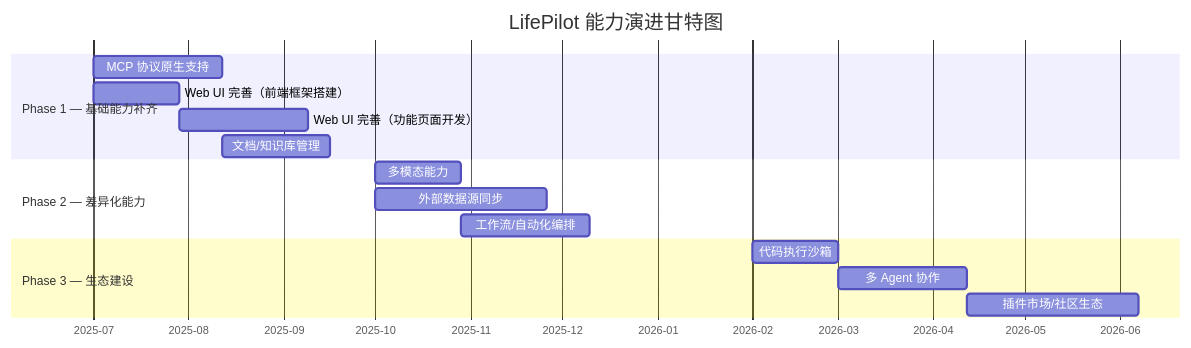
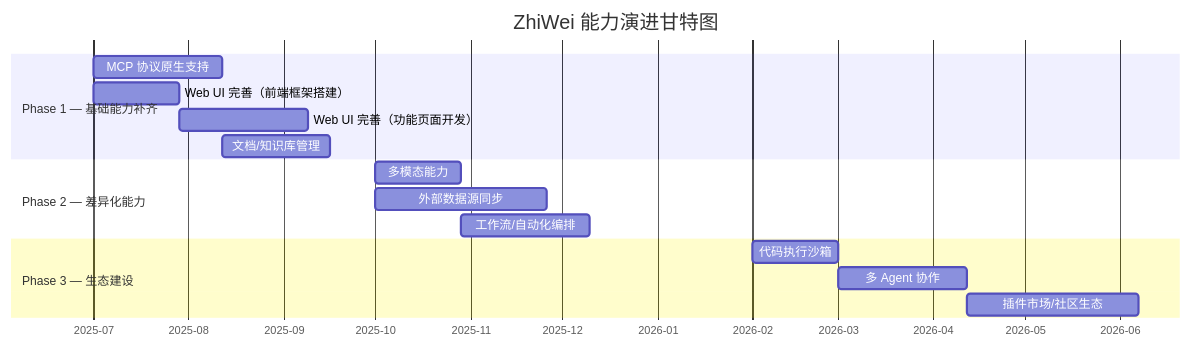
The third of 3 diagrams in docs/ROADMAP.md (ntygod/LifePilot), drawn with Mermaid before and after one commit. The commit also changed other lines of this file and 103 other files, not shown here.

Commit message:
正式更名为知微（ZhiWei），升级为个人助手

````diff
--- a/docs/ROADMAP.md
+++ b/docs/ROADMAP.md
@@ -587,22 +587,22 @@
 ```mermaid
 gantt
-    title LifePilot 能力演进甘特图
+    title ZhiWei 能力演进甘特图
     dateFormat  YYYY-MM-DD
     axisFormat  %Y-%m
 
     section Phase 1 — 基础能力补齐
     MCP 协议原生支持           :p1_mcp, 2025-07-01, 6w
     Web UI 完善（前端框架搭建）  :p1_web1, 2025-07-01, 4w
     Web UI 完善（功能页面开发）  :p1_web2, after p1_web1, 6w
     文档/知识库管理             :p1_kb, after p1_mcp, 5w
 
     section Phase 2 — 差异化能力
     多模态能力                 :p2_mm, 2025-10-01, 4w
     外部数据源同步             :p2_sync, 2025-10-01, 8w
     工作流/自动化编排           :p2_wf, after p2_mm, 6w
 
     section Phase 3 — 生态建设
     代码执行沙箱               :p3_sandbox, 2026-02-01, 4w
     多 Agent 协作              :p3_multi, after p3_sandbox, 6w
     插件市场/社区生态           :p3_market, after p3_multi, 8w
 ```
````
